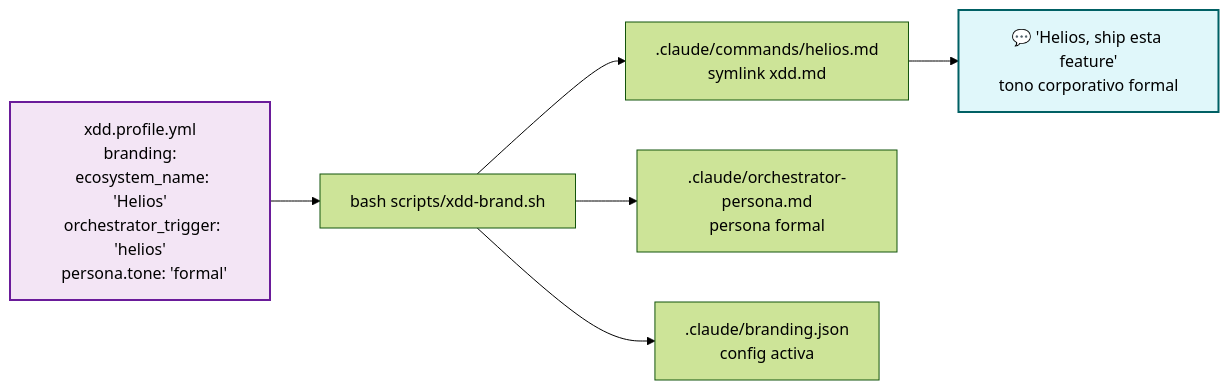
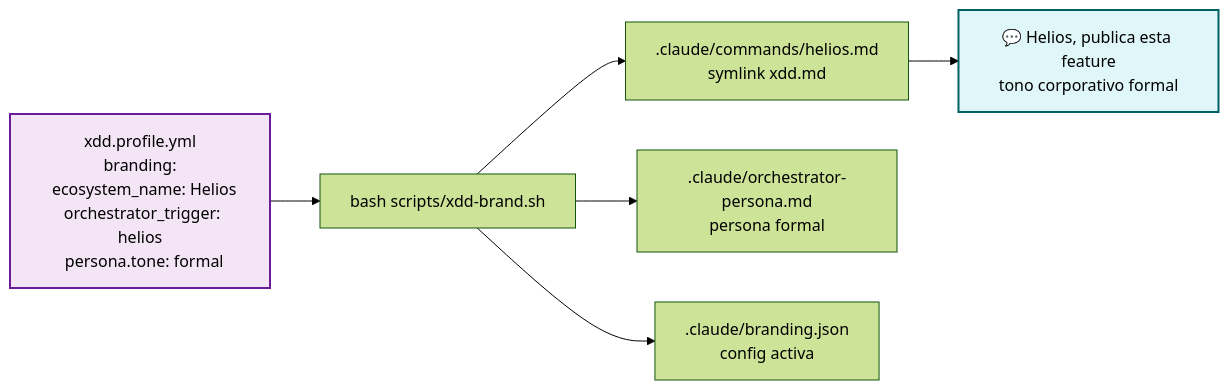
The fifth of 10 diagrams in README.md (Cucholambr3ta/x-dd), drawn with Mermaid (forest theme) before and after one commit. The commit also changed other lines of this file and 2 other files, not shown here.

First line of the commit message:
fix(readme): i18n multi-idioma + español neutro + Mermaid nodes quoted

````diff
--- a/README.md
+++ b/README.md
@@ -207,14 +208,14 @@
 ```mermaid
 flowchart LR
-    YML[xdd.profile.yml<br/>branding:<br/>  ecosystem_name: 'Helios'<br/>  orchestrator_trigger: 'helios'<br/>  persona.tone: 'formal'] --> BRAND[bash scripts/xdd-brand.sh]
-    BRAND --> SYM[.claude/commands/helios.md<br/>symlink xdd.md]
-    BRAND --> PER[.claude/orchestrator-persona.md<br/>persona formal]
-    BRAND --> CFG[.claude/branding.json<br/>config activa]
+    YML["xdd.profile.yml<br/>branding:<br/>  ecosystem_name: Helios<br/>  orchestrator_trigger: helios<br/>  persona.tone: formal"] --> BRAND["bash scripts/xdd-brand.sh"]
+    BRAND --> SYM[".claude/commands/helios.md<br/>symlink xdd.md"]
+    BRAND --> PER[".claude/orchestrator-persona.md<br/>persona formal"]
+    BRAND --> CFG[".claude/branding.json<br/>config activa"]
 
-    SYM --> USE[💬 'Helios, ship esta feature'<br/>tono corporativo formal]
+    SYM --> USE["💬 Helios, publica esta feature<br/>tono corporativo formal"]
 
     classDef config fill:#f3e5f5,stroke:#6a1b9a,color:#000,stroke-width:2px
     classDef out fill:#e0f7fa,stroke:#006064,color:#000,stroke-width:2px
     class YML config
     class USE out
 ```
````
